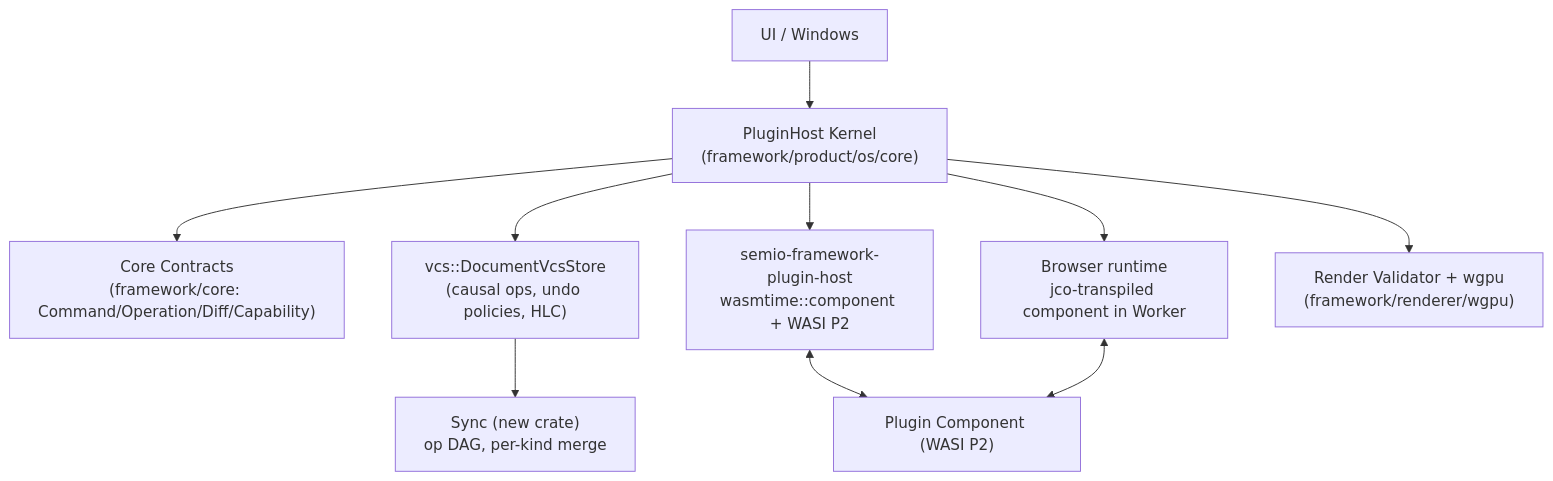
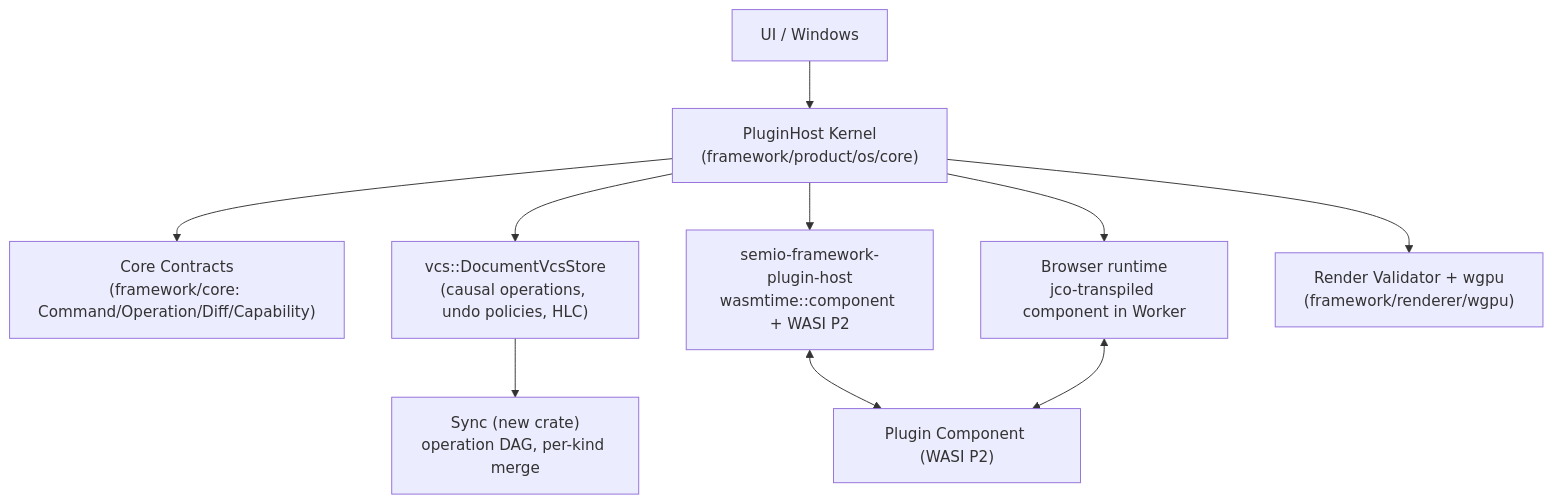
The diagram in .cursor/plans/local-first_command_kernel_889943fb.plan.md (usalu/semio), drawn with Mermaid before and after one commit. The commit also changed other lines of this file and 513 other files, not shown here.

````diff
--- a/.cursor/plans/local-first_command_kernel_889943fb.plan.md
+++ b/.cursor/plans/local-first_command_kernel_889943fb.plan.md
@@ -30,22 +30,22 @@
 ```mermaid
 flowchart TD
     UI["UI / Windows"]
     Kernel["PluginHost Kernel<br/>(framework/product/os/core)"]
     Core["Core Contracts<br/>(framework/core: Command/Operation/Diff/Capability)"]
-    Store["vcs::DocumentVcsStore<br/>(causal ops, undo policies, HLC)"]
-    Sync["Sync (new crate)<br/>op DAG, per-kind merge"]
+    Store["vcs::DocumentVcsStore<br/>(causal operations, undo policies, HLC)"]
+    Sync["Sync (new crate)<br/>operation DAG, per-kind merge"]
     RuntimeNative["semio-framework-plugin-host<br/>wasmtime::component + WASI P2"]
     RuntimeWeb["Browser runtime<br/>jco-transpiled component in Worker"]
     Render["Render Validator + wgpu<br/>(framework/renderer/wgpu)"]
     Plugin["Plugin Component (WASI P2)"]
 
     UI --> Kernel
     Kernel --> Core
     Kernel --> Store
     Store --> Sync
     Kernel --> RuntimeNative
     Kernel --> RuntimeWeb
     Kernel --> Render
     RuntimeNative <--> Plugin
     RuntimeWeb <--> Plugin
 ```
````
